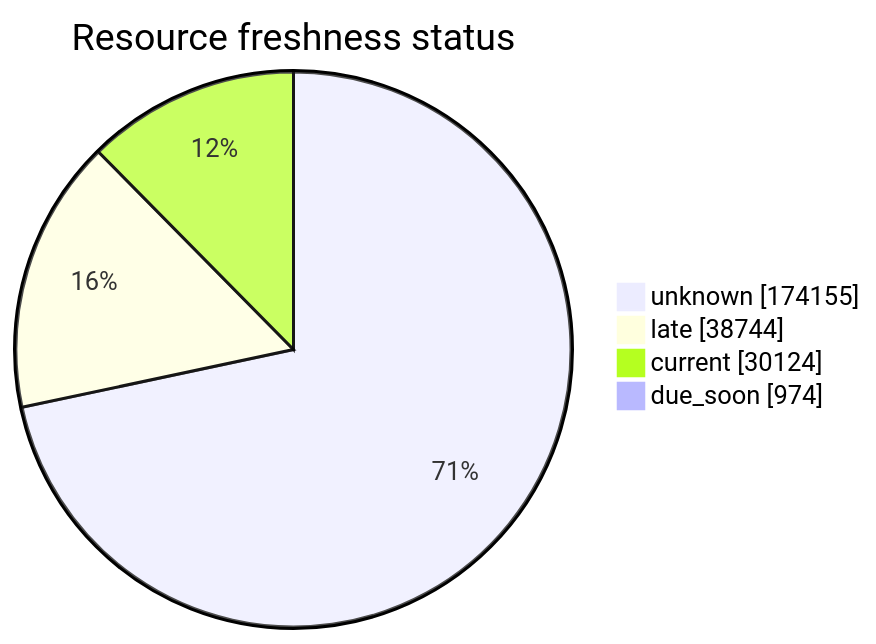
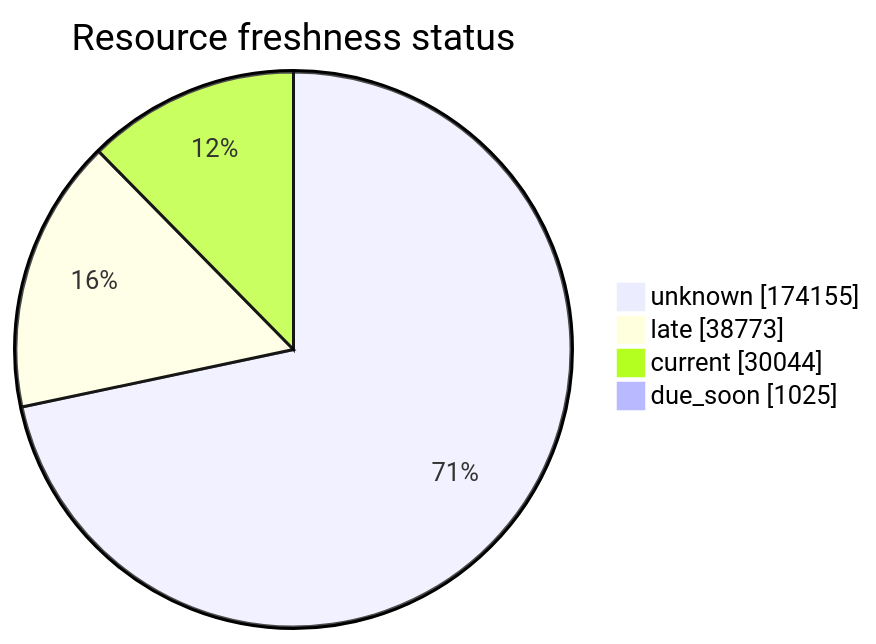
One commit to open-data/analytics-corporate-reporting changed the third of 5 diagrams in FreshCheck/README.md. Above: the diagram before and after it, drawn with Mermaid. The commit also changed other lines of this file and 3 other files, not shown here.

````diff
--- a/FreshCheck/README.md
+++ b/FreshCheck/README.md
@@ -77,7 +77,7 @@
 ```mermaid
 pie showData title Resource freshness status
     "unknown": 174155
-    "late": 38744
-    "current": 30124
-    "due_soon": 974
+    "late": 38773
+    "current": 30044
+    "due_soon": 1025
 ```
````
